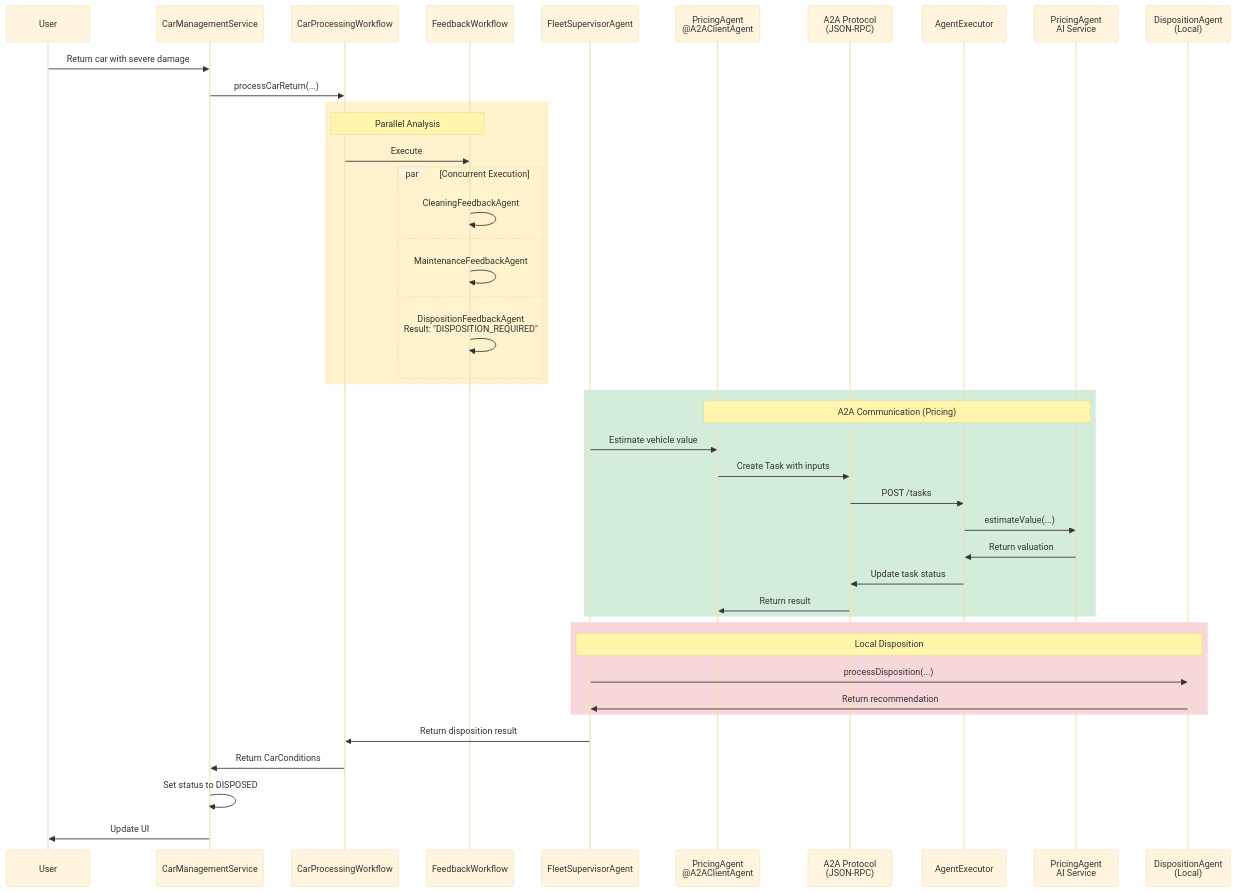
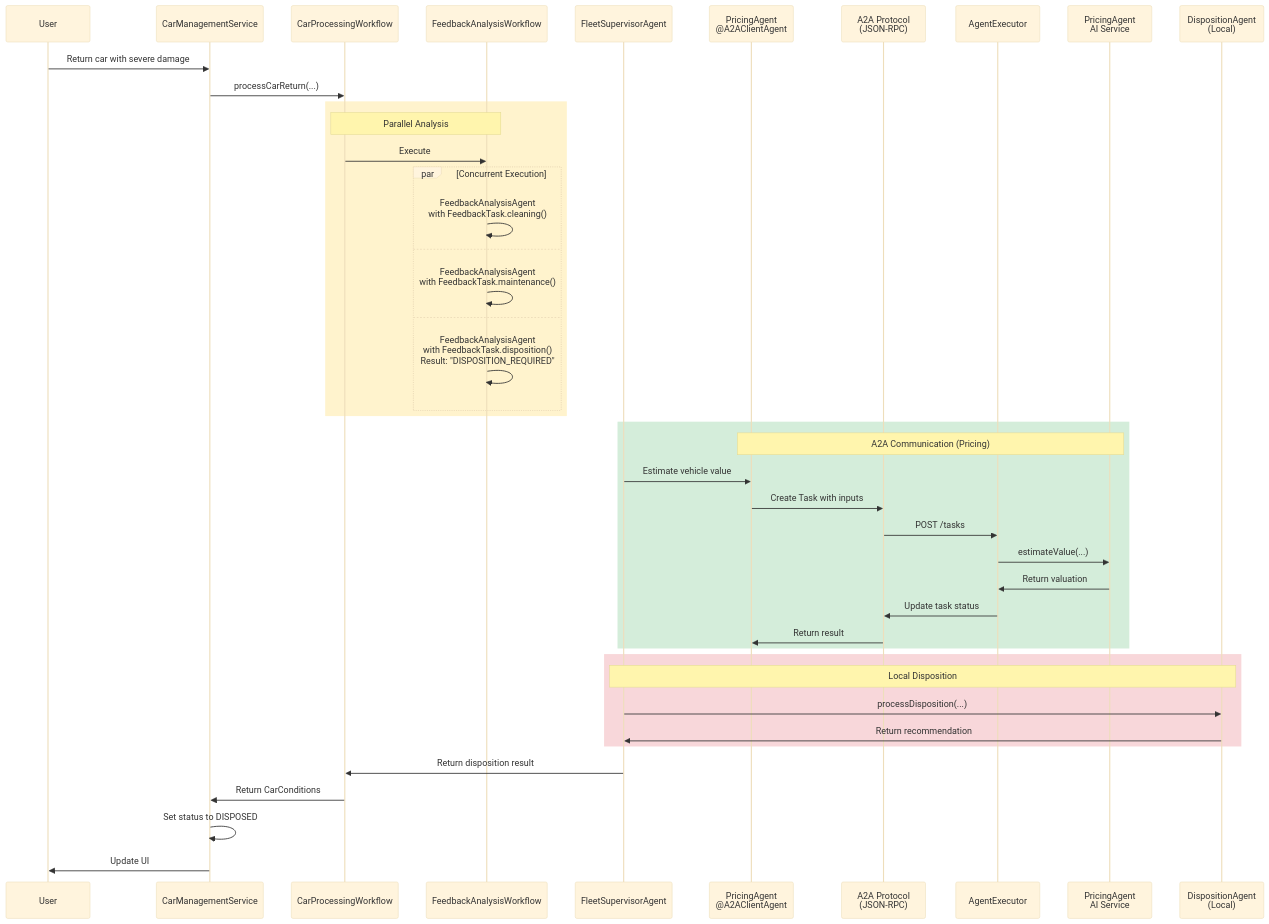
Before and after one commit to quarkusio/quarkus-workshop-langchain4j: the fourth of 4 diagrams in docs/docs/section-2/step-07.md, drawn with Mermaid (base theme). The commit also changed other lines of this file and 63 other files, not shown here.

First line of the commit message:
WIP: create single analysis agent with multiple parameters (#281)

````diff
--- a/docs/docs/section-2/step-07.md
+++ b/docs/docs/section-2/step-07.md
@@ -563,50 +563,50 @@
 ```mermaid
 sequenceDiagram
     participant User
     participant Service as CarManagementService
     participant Workflow as CarProcessingWorkflow
-    participant FeedbackWF as FeedbackWorkflow
+    participant FeedbackWF as FeedbackAnalysisWorkflow
     participant Supervisor as FleetSupervisorAgent
     participant PricingClient as PricingAgent<br/>@A2AClientAgent
     participant A2A as A2A Protocol<br/>(JSON-RPC)
     participant Executor as AgentExecutor
     participant PricingRemote as PricingAgent<br/>AI Service
     participant Disposition as DispositionAgent<br/>(Local)
 
     User->>Service: Return car with severe damage
     Service->>Workflow: processCarReturn(...)
 
     rect rgb(255, 243, 205)
     Note over Workflow,FeedbackWF: Parallel Analysis
     Workflow->>FeedbackWF: Execute
     par Concurrent Execution
-        FeedbackWF->>FeedbackWF: CleaningFeedbackAgent
+        FeedbackWF->>FeedbackWF: FeedbackAnalysisAgent<br/>with FeedbackTask.cleaning()
     and
-        FeedbackWF->>FeedbackWF: MaintenanceFeedbackAgent
+        FeedbackWF->>FeedbackWF: FeedbackAnalysisAgent<br/>with FeedbackTask.maintenance()
     and
-        FeedbackWF->>FeedbackWF: DispositionFeedbackAgent<br/>Result: "DISPOSITION_REQUIRED"
+        FeedbackWF->>FeedbackWF: FeedbackAnalysisAgent<br/>with FeedbackTask.disposition()<br/>Result: "DISPOSITION_REQUIRED"
     end
     end
 
     rect rgb(212, 237, 218)
     Note over PricingClient,PricingRemote: A2A Communication (Pricing)
     Supervisor->>PricingClient: Estimate vehicle value
     PricingClient->>A2A: Create Task with inputs
     A2A->>Executor: POST /tasks
     Executor->>PricingRemote: estimateValue(...)
     PricingRemote->>Executor: Return valuation
     Executor->>A2A: Update task status
     A2A->>PricingClient: Return result
     end
 
     rect rgb(248, 215, 218)
     Note over Supervisor,Disposition: Local Disposition
     Supervisor->>Disposition: processDisposition(...)
     Disposition->>Supervisor: Return recommendation
     end
 
     Supervisor->>Workflow: Return disposition result
     Workflow->>Service: Return CarConditions
     Service->>Service: Set status to DISPOSED
     Service->>User: Update UI
 ```
````
